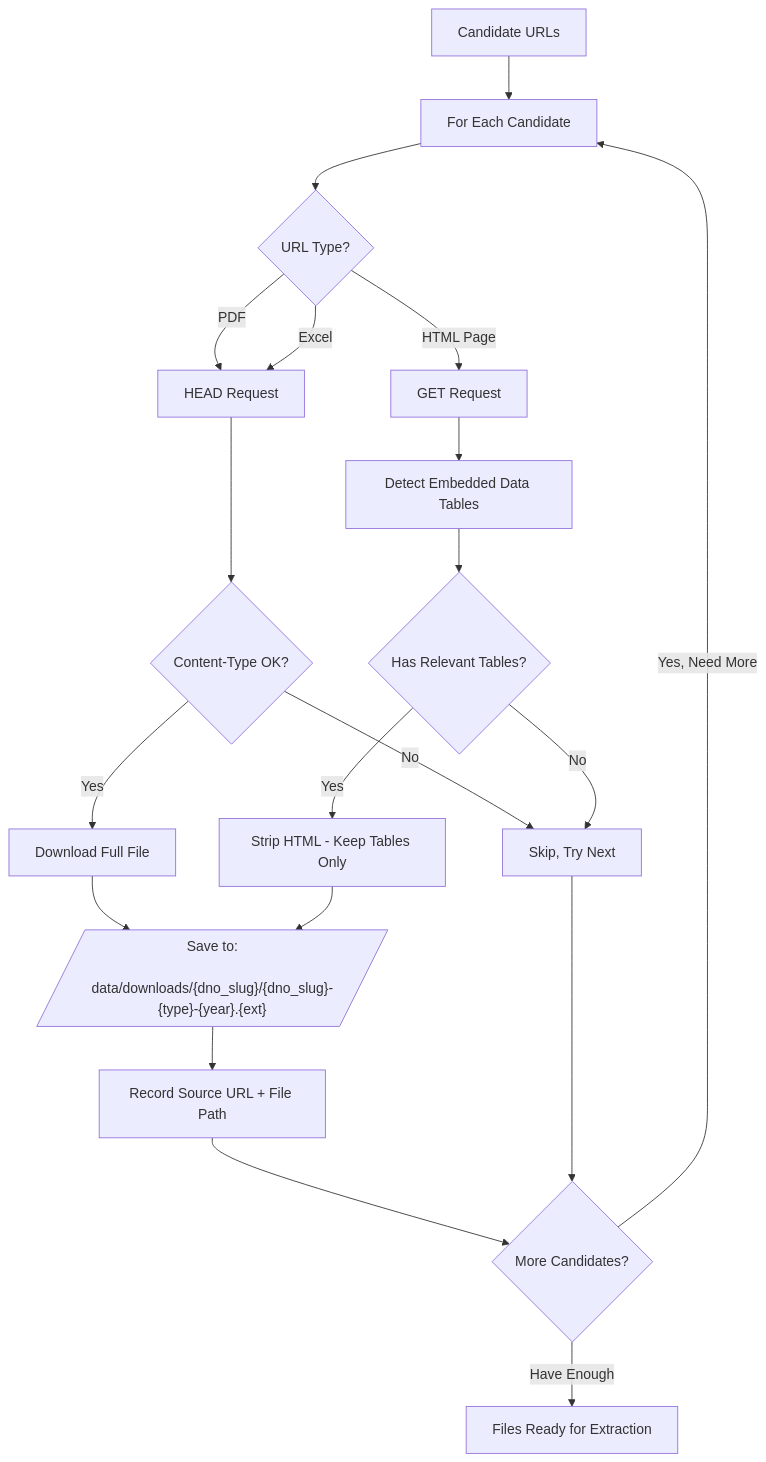
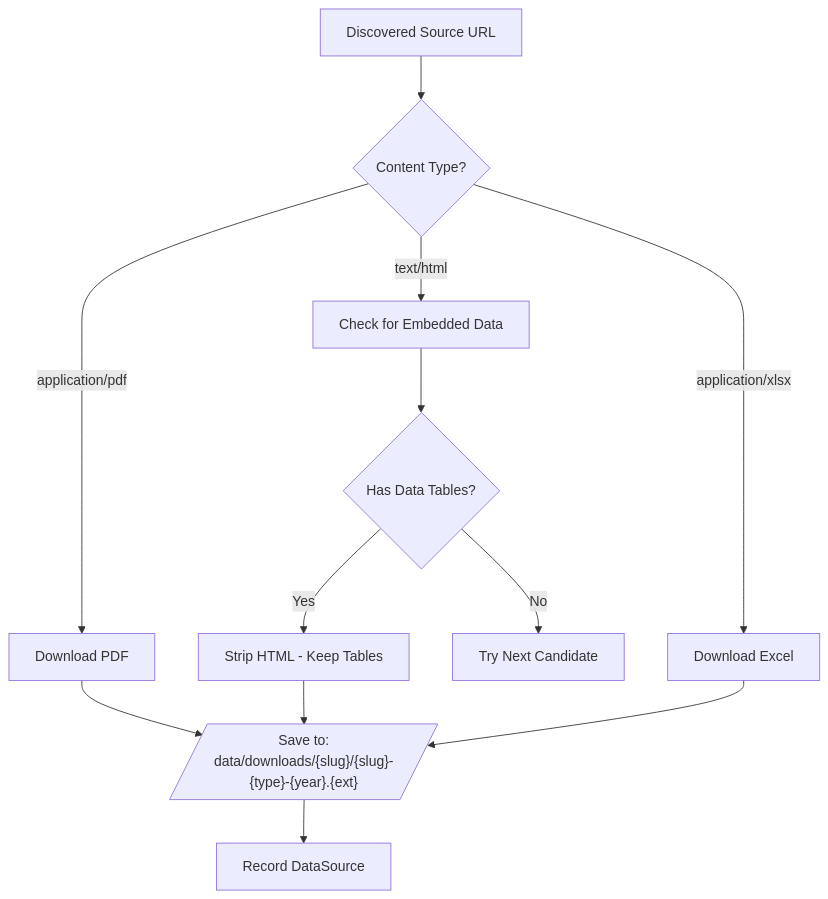
One commit to KyleDerZweite/dno-crawler changed the sixth of 10 diagrams in backend/docs/FLOWCHART.md. Above: the diagram before and after it, drawn with Mermaid. The commit also changed other lines of this file and 6 other files, not shown here.

````diff
--- a/backend/docs/FLOWCHART.md
+++ b/backend/docs/FLOWCHART.md
@@ -221,31 +208,20 @@
 ```mermaid
 flowchart TD
-    CAND[Candidate URLs] --> LOOP[For Each Candidate]
+    SOURCE[Discovered Source URL] --> TYPE{Content Type?}
     
-    LOOP --> TYPE{URL Type?}
+    TYPE --> |"application/pdf"| DL_PDF[Download PDF]
+    TYPE --> |"text/html"| CHECK_HTML[Check for Embedded Data]
+    TYPE --> |"application/xlsx"| DL_XLS[Download Excel]
     
-    TYPE --> |"PDF"| HEAD[HEAD Request]
-    TYPE --> |"Excel"| HEAD
-    TYPE --> |"HTML Page"| GET_HTML[GET Request]
+    CHECK_HTML --> TABLES{Has Data Tables?}
+    TABLES --> |"Yes"| STRIP[Strip HTML - Keep Tables]
+    TABLES --> |"No"| NEXT[Try Next Candidate]
     
-    HEAD --> VERIFY{Content-Type OK?}
-    VERIFY --> |"Yes"| DOWNLOAD[Download Full File]
-    VERIFY --> |"No"| SKIP[Skip, Try Next]
+    DL_PDF --> SAVE
+    STRIP --> SAVE
+    DL_XLS --> SAVE
     
-    GET_HTML --> DETECT[Detect Embedded Data Tables]
-    DETECT --> HAS_DATA{Has Relevant Tables?}
-    HAS_DATA --> |"Yes"| STRIP[Strip HTML - Keep Tables Only]
-    HAS_DATA --> |"No"| SKIP
+    SAVE[/"Save to:<br/>data/downloads/{slug}/{slug}-{type}-{year}.{ext}"/]
     
-    DOWNLOAD --> SAVE[/"Save to:
-    data/downloads/{dno_slug}/{dno_slug}-{type}-{year}.{ext}"/]
-    STRIP --> SAVE
-    
-    SAVE --> RECORD[Record Source URL + File Path]
-    RECORD --> NEXT{More Candidates?}
-    
-    NEXT --> |"Yes, Need More"| LOOP
-    NEXT --> |"Have Enough"| DONE[Files Ready for Extraction]
-    
-    SKIP --> NEXT
+    SAVE --> RECORD[Record DataSource]
 ```
````
